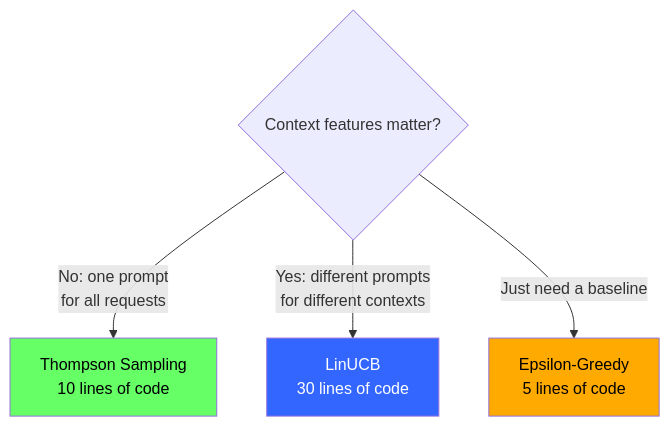
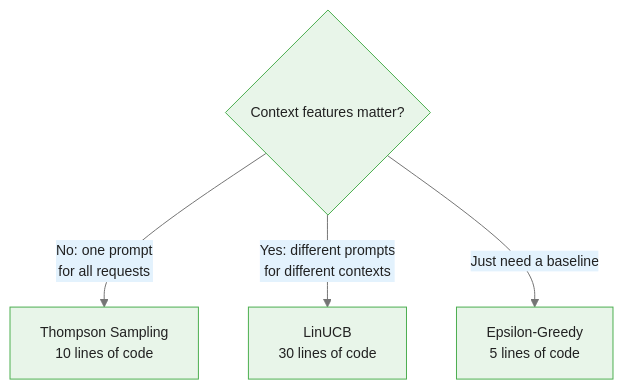
One commit to m-deane/course-creator changed the second of 4 diagrams in courses/multi-armed-bandits-ab-testing/modules/module_08_prompt_routing_bandits/guides/cheatsheet_slides.md. Above: the diagram before and after it, drawn with Mermaid. The commit also changed other lines of this file and 146 other files, not shown here.

````diff
--- a/courses/multi-armed-bandits-ab-testing/modules/module_08_prompt_routing_bandits/guides/cheatsheet_slides.md
+++ b/courses/multi-armed-bandits-ab-testing/modules/module_08_prompt_routing_bandits/guides/cheatsheet_slides.md
@@ -103,11 +129,8 @@
 ```mermaid
+%%{init: {"theme": "base", "themeVariables": {"primaryColor": "#e8f5e9", "primaryBorderColor": "#4caf50", "primaryTextColor": "#212121", "secondaryColor": "#e3f2fd", "tertiaryColor": "#fff8e1", "lineColor": "#757575", "fontFamily": "Inter, sans-serif", "fontSize": "14px"}}}%%
 flowchart TD
     Q{Context features matter?}
     Q -->|"No: one prompt<br/>for all requests"| TS["Thompson Sampling<br/>10 lines of code"]
     Q -->|"Yes: different prompts<br/>for different contexts"| LinUCB["LinUCB<br/>30 lines of code"]
     Q -->|"Just need a baseline"| EG["Epsilon-Greedy<br/>5 lines of code"]
-
-    style TS fill:#6f6,color:#000
-    style LinUCB fill:#36f,color:#fff
-    style EG fill:#fa0,color:#000
 ```
````
